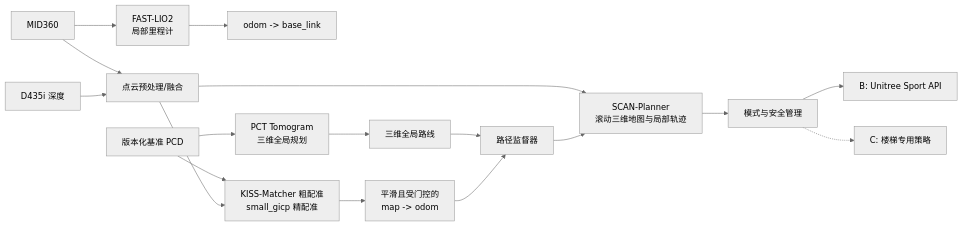
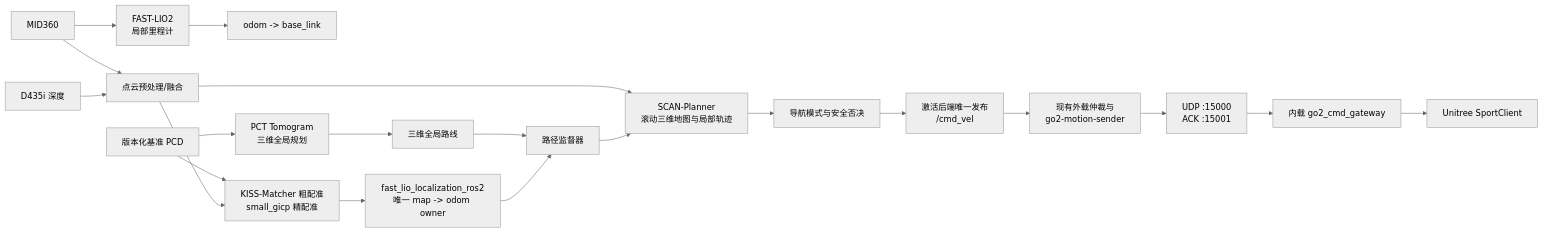
The diagram in docs/plans/2026-08-10-go2-3d-navigation-upgrade-design.md (ZhenqinHuang/Go2_Nav_ws), drawn with Mermaid (neutral theme) before and after one commit. The commit also changed other lines of this file and 1 other file, not shown here.

````diff
--- a/docs/plans/2026-08-10-go2-3d-navigation-upgrade-design.md
+++ b/docs/plans/2026-08-10-go2-3d-navigation-upgrade-design.md
@@ -61,22 +49,25 @@
 ```mermaid
 flowchart LR
   MID["MID360"] --> LIO["FAST-LIO2\n局部里程计"]
   MID --> PC["点云预处理/融合"]
   D435["D435i 深度"] --> PC
   LIO --> ODOM["odom -> base_link"]
 
   BASE["版本化基准 PCD"] --> LOC["KISS-Matcher 粗配准\nsmall_gicp 精配准"]
   PC --> LOC
-  LOC --> TF["平滑且受门控的\nmap -> odom"]
+  LOC --> TF["fast_lio_localization_ros2\n唯一 map -> odom owner"]
 
   BASE --> PCT["PCT Tomogram\n三维全局规划"]
   PCT --> ROUTE["三维全局路线"]
   ROUTE --> SUP["路径监督器"]
   TF --> SUP
 
   PC --> SCAN["SCAN-Planner\n滚动三维地图与局部轨迹"]
   SUP --> SCAN
-  SCAN --> MODE["模式与安全管理"]
-  MODE --> SPORT["B: Unitree Sport API"]
-  MODE -.-> STAIR["C: 楼梯专用策略"]
+  SCAN --> MODE["导航模式与安全否决"]
+  MODE --> CMD["激活后端唯一发布\n/cmd_vel"]
+  CMD --> SENDER["现有外载仲裁与\ngo2-motion-sender"]
+  SENDER --> UDP["UDP :15000\nACK :15001"]
+  UDP --> GATE["内载 go2_cmd_gateway"]
+  GATE --> SPORT["Unitree SportClient"]
 ```
````
